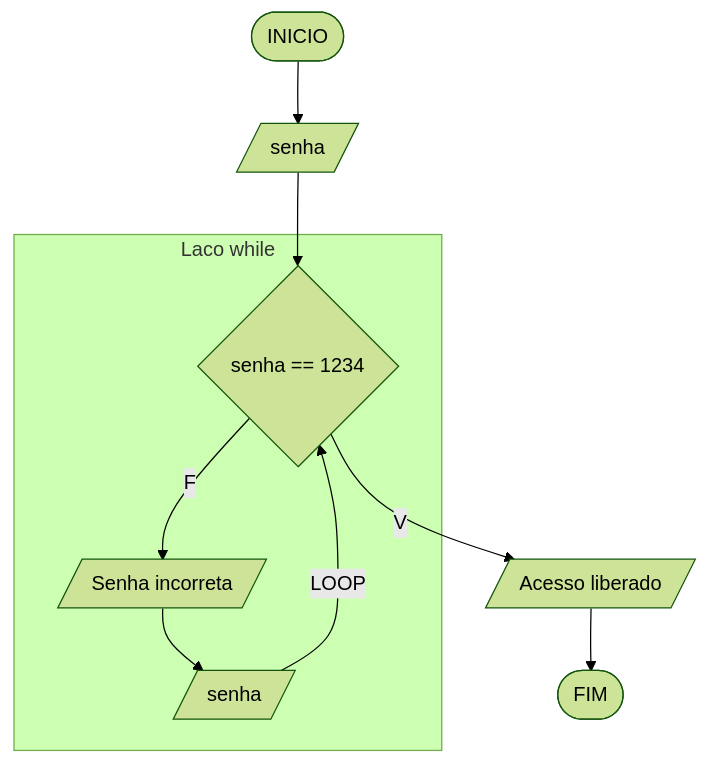
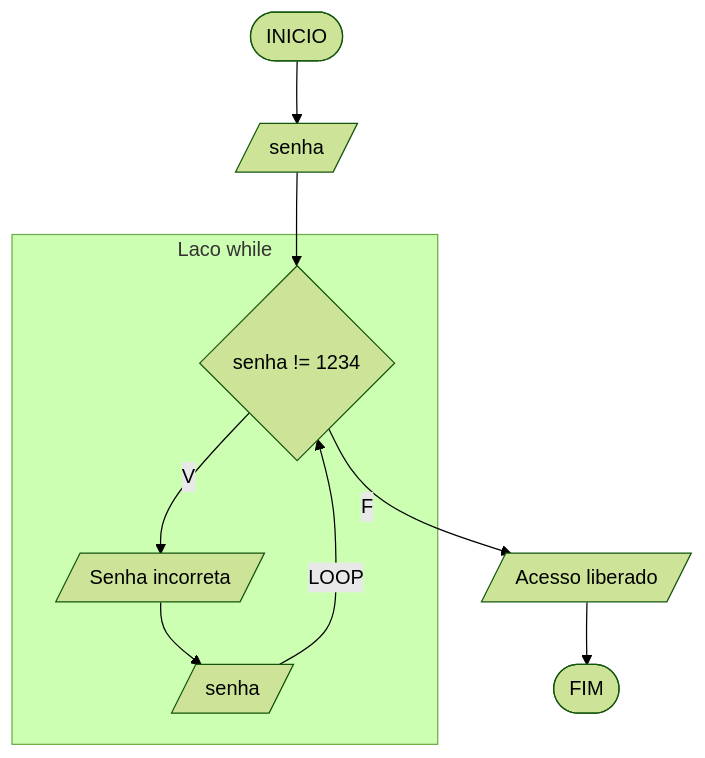
One commit to carubbi/T160_T198 changed the third of 12 diagrams in aula7/aula7.md. Above: the diagram before and after it, drawn with Mermaid (forest theme). The commit also changed other lines of this file and 5 other files, not shown here.

````diff
--- a/aula7/aula7.md
+++ b/aula7/aula7.md
@@ -160,12 +161,12 @@
 ```mermaid
 flowchart TD
 A([INICIO]) --> B[/senha/]
-B --> C{senha == 1234}
+B --> C{senha != 1234}
 subgraph SEQ [Laco while]
-C -- F --> D[/Senha incorreta/]
+C -- V --> D[/Senha incorreta/]
 D --> E[/senha/]
 E -- LOOP --> C
 end
-C -- V --> F[/Acesso liberado/]
+C -- F --> F[/Acesso liberado/]
 F --> G([FIM])
 ```
````
